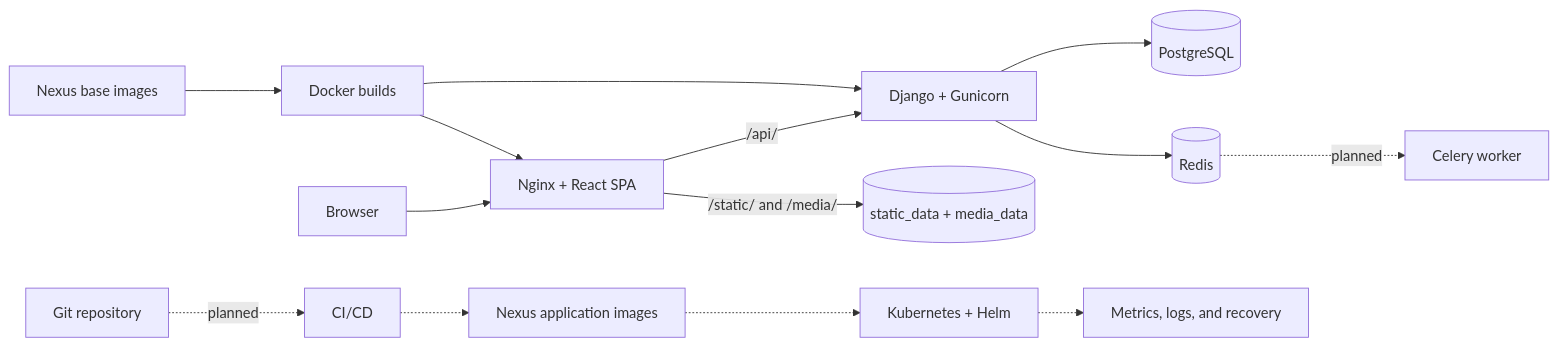
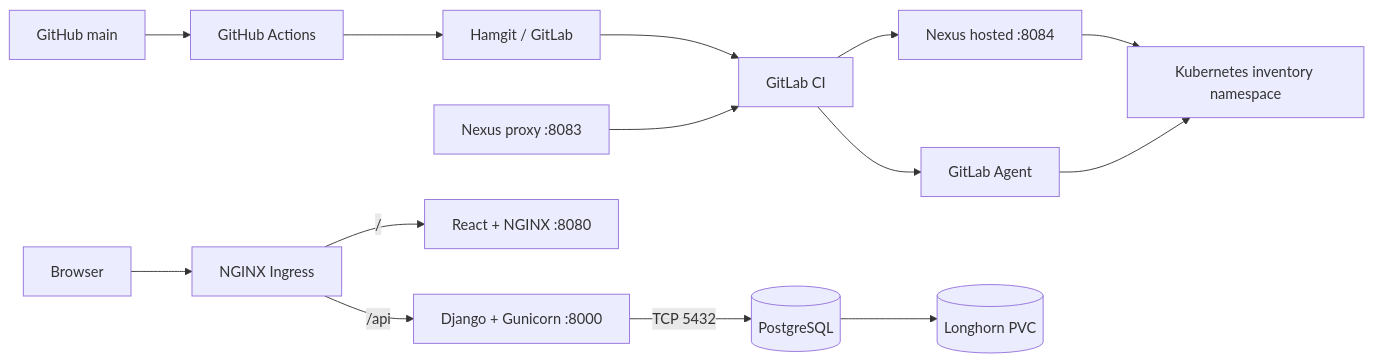
Before and after one commit to Mamaarsh/cloud-native-inventory-platform: the diagram in README.md, drawn with Mermaid. The commit also changed other lines of this file and 5 other files, not shown here.

````diff
--- a/README.md
+++ b/README.md
@@ -50,17 +53,17 @@
 ```mermaid
 flowchart LR
-    Browser --> Nginx[Nginx + React SPA]
-    Nginx -->|/api/| API[Django + Gunicorn]
-    Nginx -->|/static/ and /media/| Files[(static_data + media_data)]
-    API --> DB[(PostgreSQL)]
-    API --> Redis[(Redis)]
+    GitHub[GitHub main] --> Action[GitHub Actions]
+    Action --> Hamgit[Hamgit / GitLab]
+    Hamgit --> CI[GitLab CI]
+    Proxy[Nexus proxy :8083] --> CI
+    CI --> Hosted[Nexus hosted :8084]
+    CI --> Agent[GitLab Agent]
+    Hosted --> K8s[Kubernetes inventory namespace]
+    Agent --> K8s
 
-    Nexus[Nexus base images] --> Builds[Docker builds]
-    Builds --> Nginx
-    Builds --> API
-    Repo[Git repository] -. planned .-> CI[CI/CD]
-    CI -.-> NexusApps[Nexus application images]
-    NexusApps -.-> K8s[Kubernetes + Helm]
-    K8s -.-> Obs[Metrics, logs, and recovery]
-    Redis -. planned .-> Worker[Celery worker]
+    Browser --> Ingress[NGINX Ingress]
+    Ingress -->|/| Frontend[React + NGINX :8080]
+    Ingress -->|/api| Backend[Django + Gunicorn :8000]
+    Backend -->|TCP 5432| DB[(PostgreSQL)]
+    DB --> PVC[(Longhorn PVC)]
 ```
````
